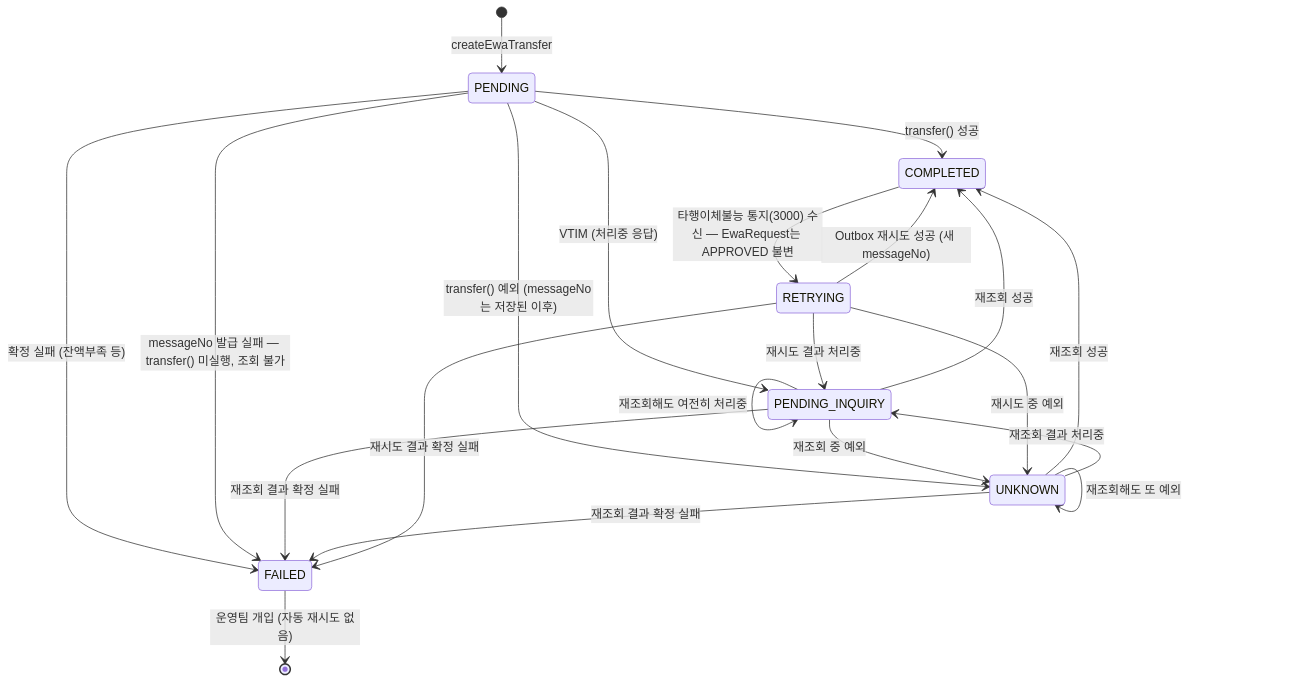
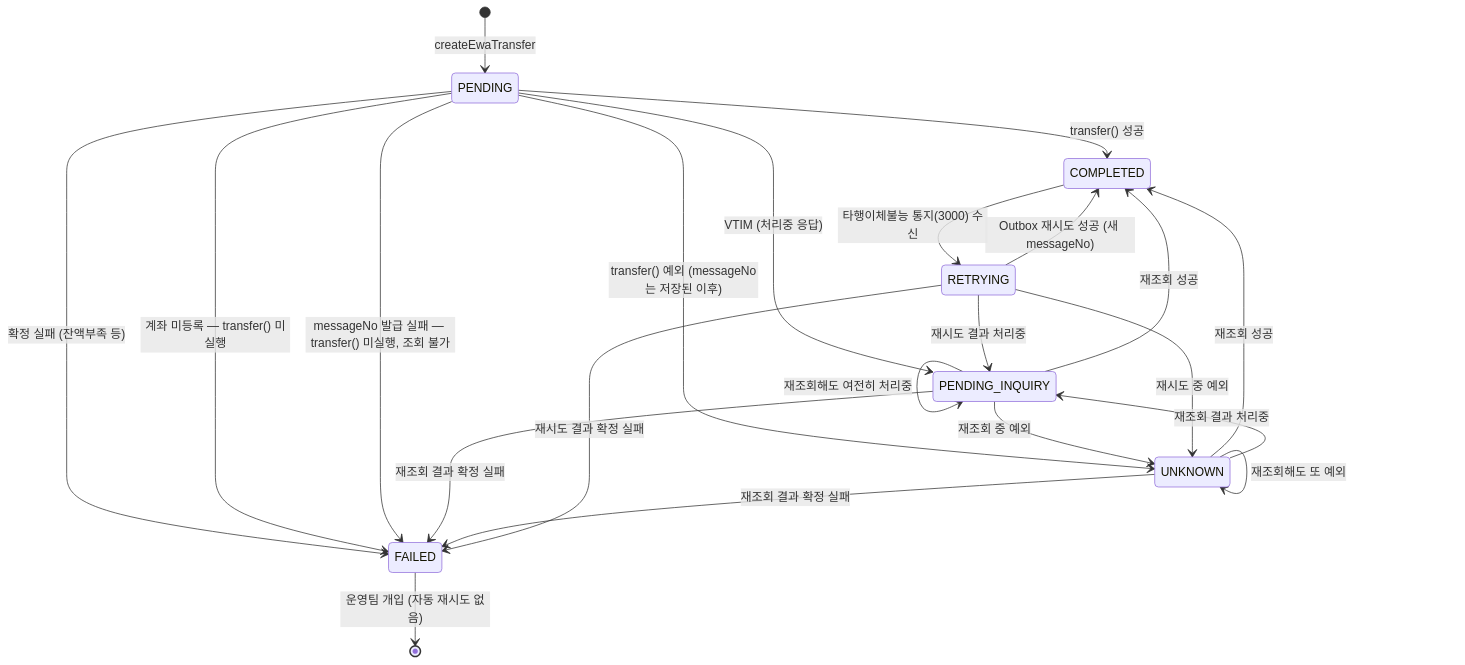
Before and after one commit to YOUHEETAE/wage-clock: the third of 5 diagrams in docs/diagrams/state-diagram.md, drawn with Mermaid. The commit also changed other lines of this file and 1 other file, not shown here.

Commit message:
docs: update diagrams for settlement lock states and transfer contexts

````diff
--- a/docs/diagrams/state-diagram.md
+++ b/docs/diagrams/state-diagram.md
@@ -32,29 +81,30 @@
 ```mermaid
 stateDiagram-v2
     [*] --> PENDING: createEwaTransfer
 
     PENDING --> COMPLETED: transfer() 성공
     PENDING --> PENDING_INQUIRY: VTIM (처리중 응답)
     PENDING --> FAILED: 확정 실패 (잔액부족 등)
+    PENDING --> FAILED: 계좌 미등록 — transfer() 미실행
     PENDING --> FAILED: messageNo 발급 실패 — transfer() 미실행, 조회 불가
     PENDING --> UNKNOWN: transfer() 예외 (messageNo는 저장된 이후)
 
     PENDING_INQUIRY --> COMPLETED: 재조회 성공
     PENDING_INQUIRY --> PENDING_INQUIRY: 재조회해도 여전히 처리중
     PENDING_INQUIRY --> FAILED: 재조회 결과 확정 실패
     PENDING_INQUIRY --> UNKNOWN: 재조회 중 예외
 
     UNKNOWN --> COMPLETED: 재조회 성공
     UNKNOWN --> PENDING_INQUIRY: 재조회 결과 처리중
     UNKNOWN --> FAILED: 재조회 결과 확정 실패
     UNKNOWN --> UNKNOWN: 재조회해도 또 예외
 
-    COMPLETED --> RETRYING: 타행이체불능 통지(3000) 수신 — EwaRequest는 APPROVED 불변
+    COMPLETED --> RETRYING: 타행이체불능 통지(3000) 수신
 
     RETRYING --> COMPLETED: Outbox 재시도 성공 (새 messageNo)
     RETRYING --> PENDING_INQUIRY: 재시도 결과 처리중
     RETRYING --> FAILED: 재시도 결과 확정 실패
     RETRYING --> UNKNOWN: 재시도 중 예외
 
     FAILED --> [*]: 운영팀 개입 (자동 재시도 없음)
 ```
````
